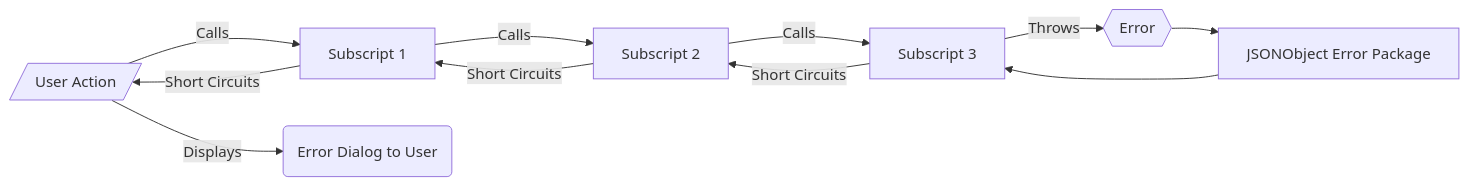
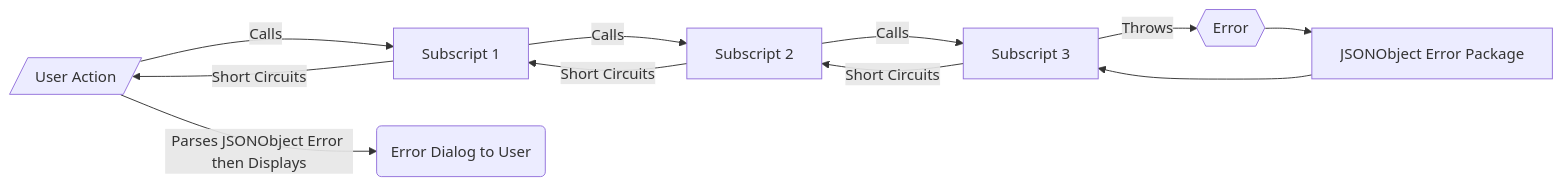
Before and after one commit to CloudChi/FX-Framework: the second of 2 diagrams in Error_Trapping_Returning.md, drawn with Mermaid.

````diff
--- a/Error_Trapping_Returning.md
+++ b/Error_Trapping_Returning.md
@@ -37,13 +37,13 @@
 ```mermaid
 graph LR
     A[/User Action/] -- Calls --> B[Subscript 1] 
     B -- Calls --> C[Subscript 2] 
     C -- Calls --> D[Subscript 3] 
     D -- Throws --> E{{Error}}
     E --> F[JSONObject Error Package]
     F --> D
     D -- Short Circuits --> C
     C -- Short Circuits --> B
     B -- Short Circuits --> A
-    A -- Displays --> G(Error Dialog to User)
+    A -- Parses JSONObject Error then Displays --> G(Error Dialog to User)
 ```
````
